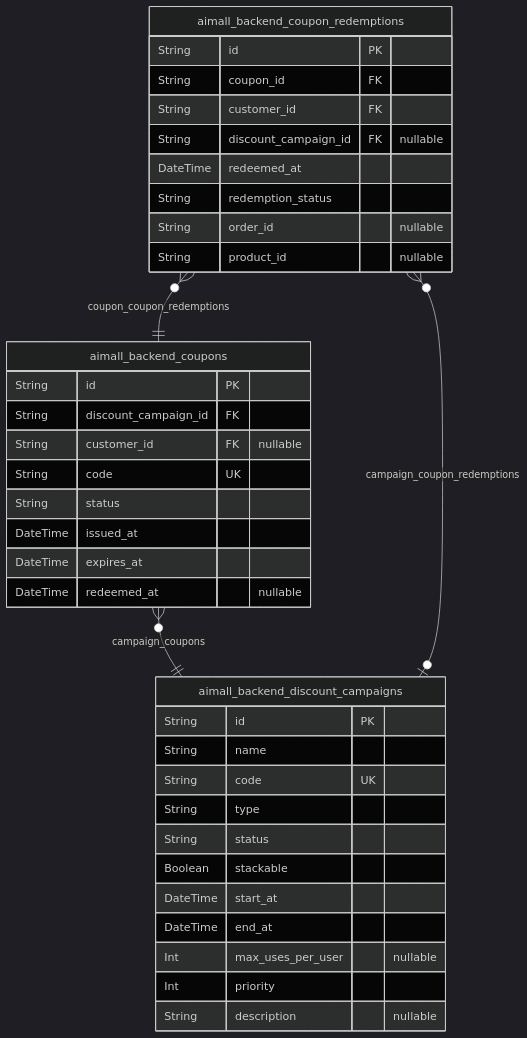
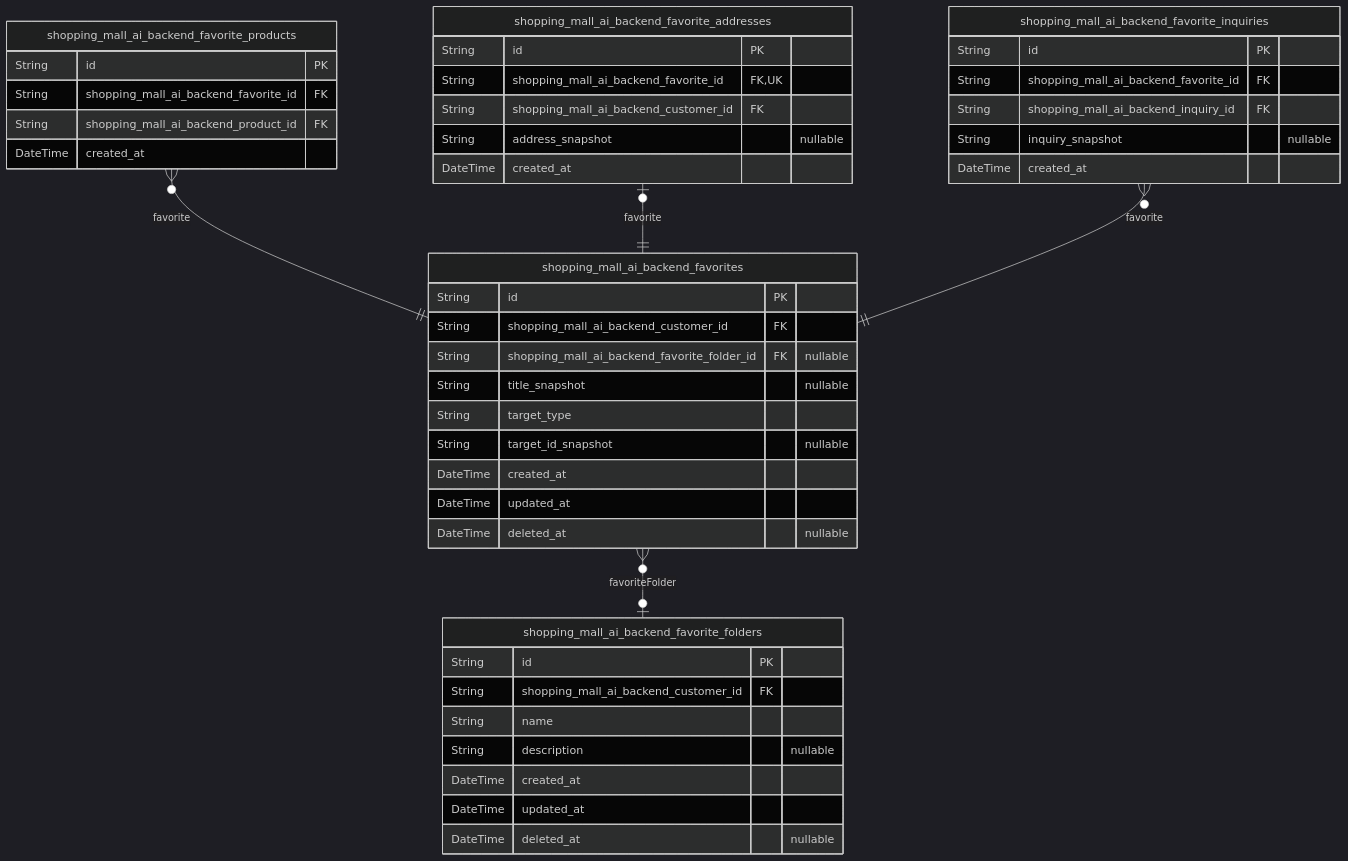
The ninth of 10 diagrams in docs/ERD.md (wrtnlabs/autobe-example-shopping-openai-gpt-4.1), drawn with Mermaid (dark theme) before and after one commit. The commit also changed other lines of this file and 2899 other files, not shown here.

````diff
--- a/docs/ERD.md
+++ b/docs/ERD.md
@@ -785,39 +2546,47 @@
 ```mermaid
 erDiagram
-"aimall_backend_coupons" {
+"shopping_mall_ai_backend_favorites" {
   String id PK
-  String discount_campaign_id FK
-  String customer_id FK "nullable"
-  String code UK
-  String status
-  DateTime issued_at
-  DateTime expires_at
-  DateTime redeemed_at "nullable"
+  String shopping_mall_ai_backend_customer_id FK
+  String shopping_mall_ai_backend_favorite_folder_id FK "nullable"
+  String title_snapshot "nullable"
+  String target_type
+  String target_id_snapshot "nullable"
+  DateTime created_at
+  DateTime updated_at
+  DateTime deleted_at "nullable"
 }
-"aimall_backend_discount_campaigns" {
+"shopping_mall_ai_backend_favorite_products" {
   String id PK
+  String shopping_mall_ai_backend_favorite_id FK
+  String shopping_mall_ai_backend_product_id FK
+  DateTime created_at
+}
+"shopping_mall_ai_backend_favorite_addresses" {
+  String id PK
+  String shopping_mall_ai_backend_favorite_id FK,UK
+  String shopping_mall_ai_backend_customer_id FK
+  String address_snapshot "nullable"
+  DateTime created_at
+}
+"shopping_mall_ai_backend_favorite_inquiries" {
+  String id PK
+  String shopping_mall_ai_backend_favorite_id FK
+  String shopping_mall_ai_backend_inquiry_id FK
+  String inquiry_snapshot "nullable"
+  DateTime created_at
+}
+"shopping_mall_ai_backend_favorite_folders" {
+  String id PK
+  String shopping_mall_ai_backend_customer_id FK
   String name
-  String code UK
-  String type
-  String status
-  Boolean stackable
-  DateTime start_at
-  DateTime end_at
-  Int max_uses_per_user "nullable"
-  Int priority
   String description "nullable"
+  DateTime created_at
+  DateTime updated_at
+  DateTime deleted_at "nullable"
 }
-"aimall_backend_coupon_redemptions" {
-  String id PK
-  String coupon_id FK
-  String customer_id FK
-  String discount_campaign_id FK "nullable"
-  DateTime redeemed_at
-  String redemption_status
-  String order_id "nullable"
-  String product_id "nullable"
-}
-"aimall_backend_coupons" }o--|| "aimall_backend_discount_campaigns" : campaign_coupons
-"aimall_backend_coupon_redemptions" }o--|| "aimall_backend_coupons" : coupon_coupon_redemptions
-"aimall_backend_coupon_redemptions" }o--o| "aimall_backend_discount_campaigns" : campaign_coupon_redemptions
+"shopping_mall_ai_backend_favorites" }o--o| "shopping_mall_ai_backend_favorite_folders" : favoriteFolder
+"shopping_mall_ai_backend_favorite_products" }o--|| "shopping_mall_ai_backend_favorites" : favorite
+"shopping_mall_ai_backend_favorite_addresses" |o--|| "shopping_mall_ai_backend_favorites" : favorite
+"shopping_mall_ai_backend_favorite_inquiries" }o--|| "shopping_mall_ai_backend_favorites" : favorite
 ```
````
